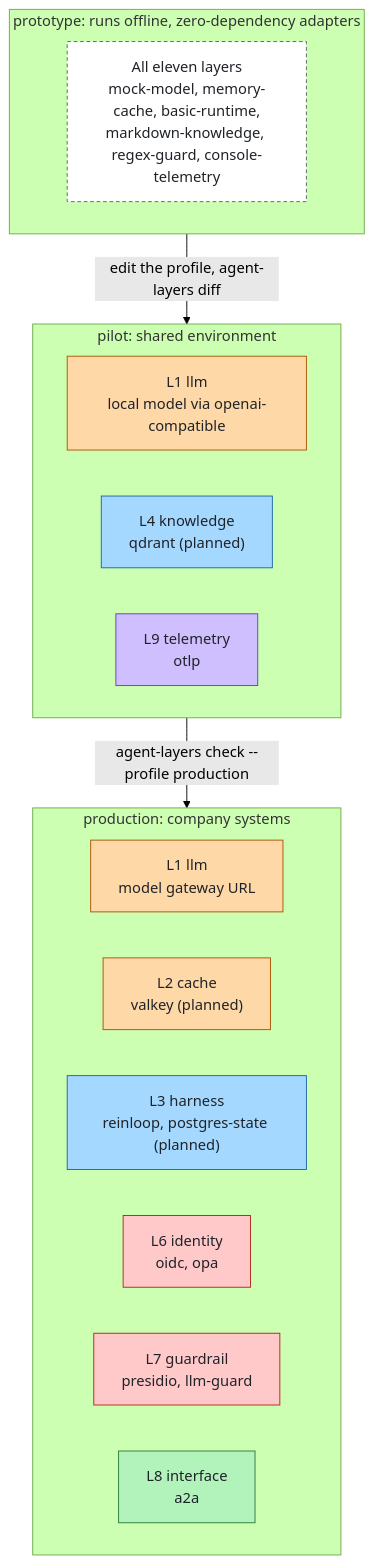
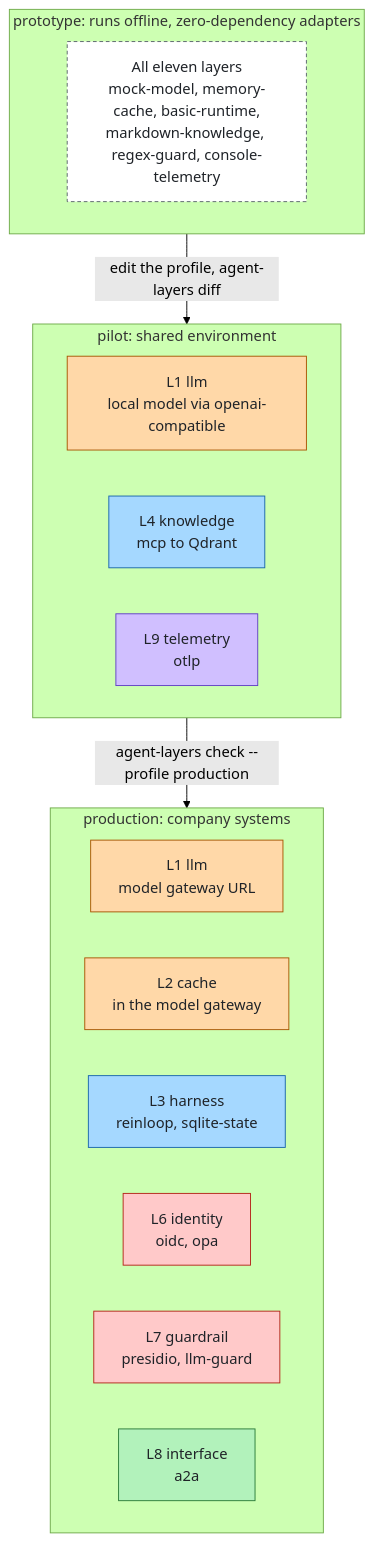
The second of 2 diagrams in docs/product.md (aantenore/agent-layers), drawn with Mermaid (forest theme) before and after one commit. The commit also changed 2 other files, not shown here.

Commit message:
docs: reinloop and sqlite-state in the catalog, stack and profile ladder

````diff
--- a/docs/product.md
+++ b/docs/product.md
@@ -58,27 +58,27 @@
 ```mermaid
 flowchart TB
   subgraph proto["prototype: runs offline, zero-dependency adapters"]
     base["All eleven layers<br/>mock-model, memory-cache, basic-runtime,<br/>markdown-knowledge, regex-guard, console-telemetry"]:::external
   end
   subgraph pilot["pilot: shared environment"]
     pllm["L1 llm<br/>local model via openai-compatible"]:::model
-    pknow["L4 knowledge<br/>qdrant (planned)"]:::agent
+    pknow["L4 knowledge<br/>mcp to Qdrant"]:::agent
     ptel["L9 telemetry<br/>otlp"]:::insight
   end
   subgraph prod["production: company systems"]
     xllm["L1 llm<br/>model gateway URL"]:::model
-    xcache["L2 cache<br/>valkey (planned)"]:::model
-    xharn["L3 harness<br/>reinloop, postgres-state (planned)"]:::agent
+    xcache["L2 cache<br/>in the model gateway"]:::model
+    xharn["L3 harness<br/>reinloop, sqlite-state"]:::agent
     xid["L6 identity<br/>oidc, opa"]:::control
     xgrd["L7 guardrail<br/>presidio, llm-guard"]:::control
     xint["L8 interface<br/>a2a"]:::experience
   end
   proto -->|"edit the profile, agent-layers diff"| pilot
   pilot -->|"agent-layers check --profile production"| prod
   classDef model fill:#ffd8a8,stroke:#a85400,color:#1f2328
   classDef agent fill:#a5d8ff,stroke:#1864ab,color:#1f2328
   classDef control fill:#ffc9c9,stroke:#b42318,color:#1f2328
   classDef experience fill:#b2f2bb,stroke:#2a7a38,color:#1f2328
   classDef insight fill:#d0bfff,stroke:#5f3dc4,color:#1f2328
   classDef external fill:#ffffff,stroke:#57606a,color:#1f2328,stroke-dasharray:4 3
 ```
````
